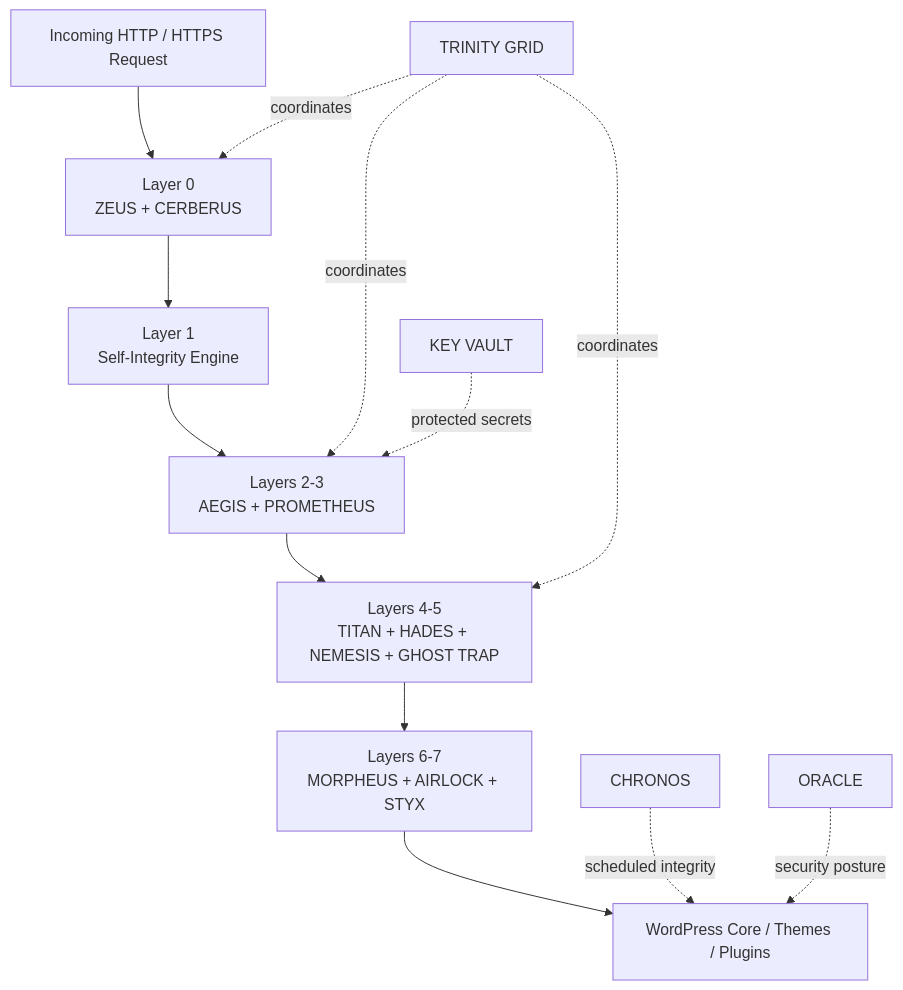
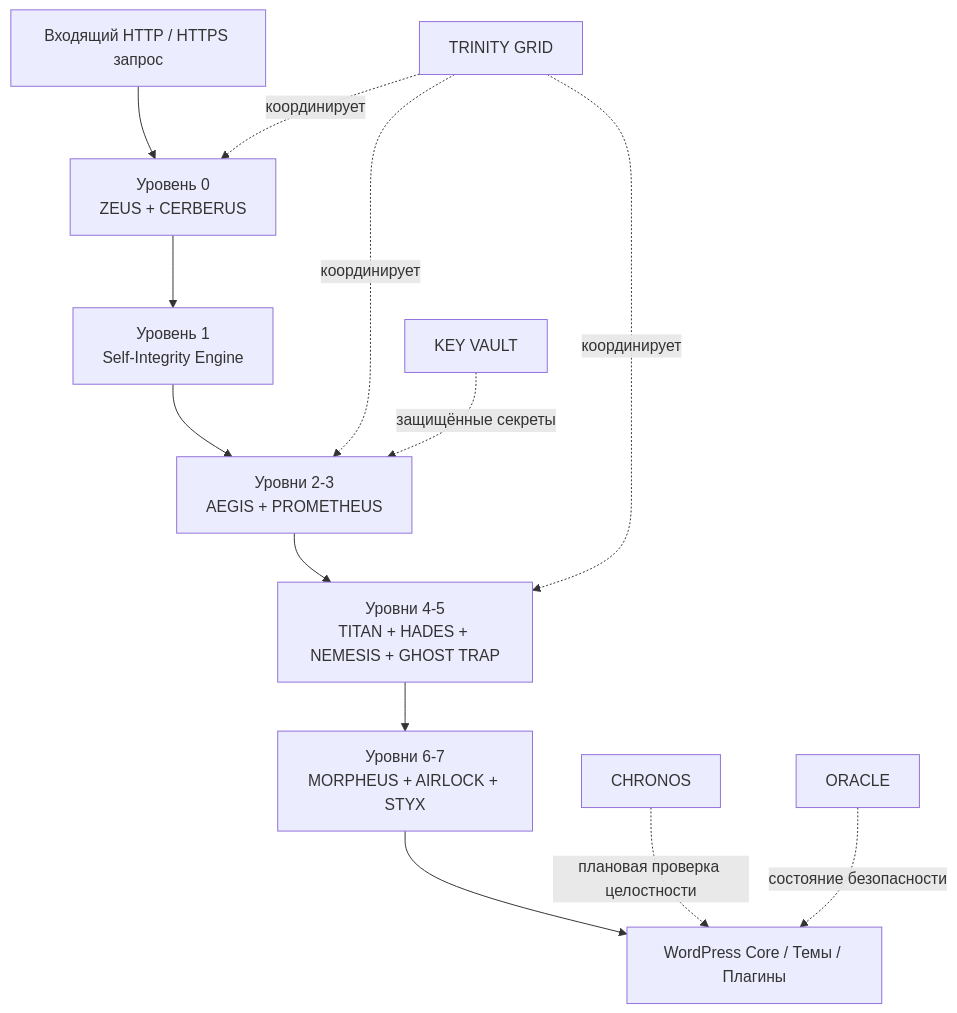
Before and after one commit to visiongaiatechnology/gedefensewp: the diagram in README.md, drawn with Mermaid. The commit also changed other lines of this file, not shown here.

````diff
--- a/README.md
+++ b/README.md
@@ -91,19 +90,16 @@
 ```mermaid
 flowchart TD
-    A[Incoming HTTP / HTTPS Request]
-
-    A --> L0[Layer 0<br/>ZEUS + CERBERUS]
-    L0 --> L1[Layer 1<br/>Self-Integrity Engine]
-    L1 --> L23[Layers 2-3<br/>AEGIS + PROMETHEUS]
-    L23 --> L45[Layers 4-5<br/>TITAN + HADES + NEMESIS + GHOST TRAP]
-    L45 --> L67[Layers 6-7<br/>MORPHEUS + AIRLOCK + STYX]
-    L67 --> WP[WordPress Core / Themes / Plugins]
-
-    PROM[TRINITY GRID] -. coordinates .-> L0
-    PROM -. coordinates .-> L23
-    PROM -. coordinates .-> L45
-
-    CHR[CHRONOS] -. scheduled integrity .-> WP
-    ORA[ORACLE] -. security posture .-> WP
-    VLT[KEY VAULT] -. protected secrets .-> L23
+    A[Входящий HTTP / HTTPS запрос]
+    A --> L0[Уровень 0<br/>ZEUS + CERBERUS]
+    L0 --> L1[Уровень 1<br/>Self-Integrity Engine]
+    L1 --> L23[Уровни 2-3<br/>AEGIS + PROMETHEUS]
+    L23 --> L45[Уровни 4-5<br/>TITAN + HADES + NEMESIS + GHOST TRAP]
+    L45 --> L67[Уровни 6-7<br/>MORPHEUS + AIRLOCK + STYX]
+    L67 --> WP[WordPress Core / Темы / Плагины]
+    PROM[TRINITY GRID] -. координирует .-> L0
+    PROM -. координирует .-> L23
+    PROM -. координирует .-> L45
+    CHR[CHRONOS] -. плановая проверка целостности .-> WP
+    ORA[ORACLE] -. состояние безопасности .-> WP
+    VLT[KEY VAULT] -. защищённые секреты .-> L23
 ```
````
